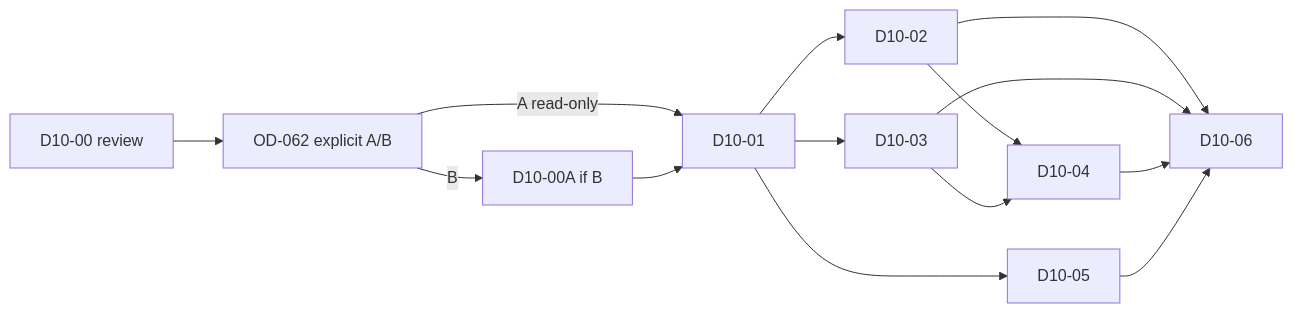
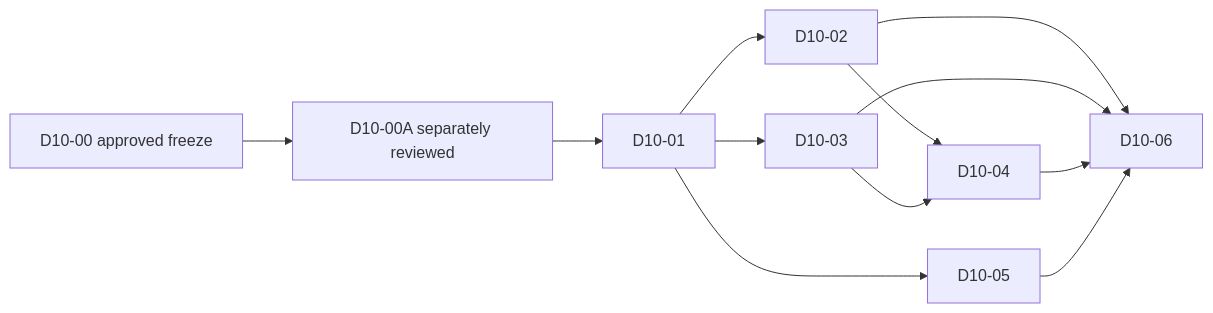
Before and after one commit to fangbm/temvio: the second of 2 diagrams in docs/tasks/D10_00_PRODUCT_UI_ARCHITECTURE_FREEZE.md, drawn with Mermaid. The commit also changed other lines of this file and 4 other files, not shown here.

Commit message:
docs(d10): record maintainer-approved freeze decisions

````diff
--- a/docs/tasks/D10_00_PRODUCT_UI_ARCHITECTURE_FREEZE.md
+++ b/docs/tasks/D10_00_PRODUCT_UI_ARCHITECTURE_FREEZE.md
@@ -449,25 +477,22 @@
 ```mermaid
 flowchart LR
-    FREEZE[D10-00 review]
-    CHOICE[OD-062 explicit A/B]
-    FOUNDATION[D10-00A if B]
+    FREEZE[D10-00 approved freeze]
+    FOUNDATION[D10-00A separately reviewed]
     SHELL[D10-01]
     CORE[D10-02]
     SERVICES[D10-03]
     AGENT[D10-04]
     WEAR[D10-05]
     ACCEPT[D10-06]
-    FREEZE --> CHOICE
-    CHOICE -->|A read-only| SHELL
-    CHOICE -->|B| FOUNDATION
+    FREEZE --> FOUNDATION
     FOUNDATION --> SHELL
     SHELL --> CORE
     SHELL --> SERVICES
     CORE --> AGENT
     SERVICES --> AGENT
     SHELL --> WEAR
     CORE --> ACCEPT
     SERVICES --> ACCEPT
     AGENT --> ACCEPT
     WEAR --> ACCEPT
 ```
````
